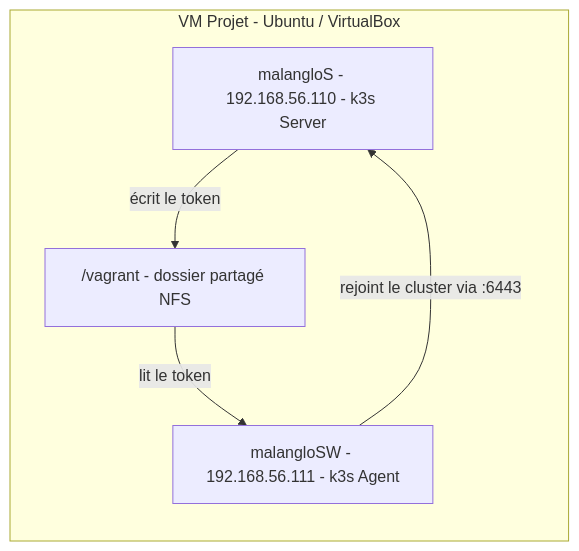
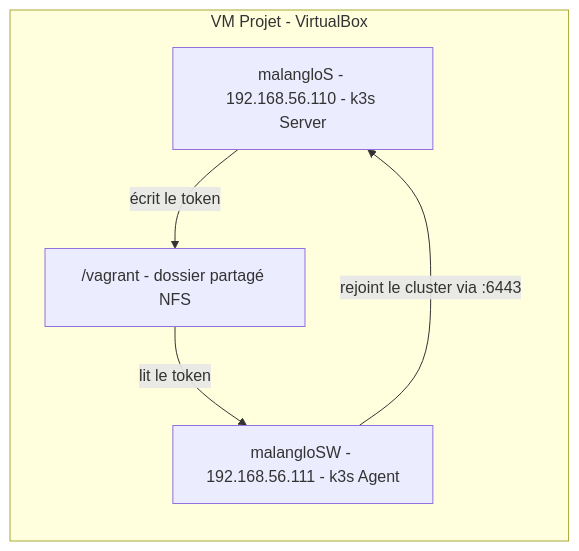
The first of 3 diagrams in p1/README.md (mlanglois26/42_inception_of_things), drawn with Mermaid before and after one commit. The commit also changed other lines of this file, not shown here.

First line of the commit message:
docs(p1): merge network sections with mermaid diagrams

````diff
--- a/p1/README.md
+++ b/p1/README.md
@@ -25,12 +25,12 @@
 ```mermaid
 graph LR
-    subgraph vmProjet [VM Projet - Ubuntu / VirtualBox]
+    subgraph vmProjet [VM Projet - VirtualBox]
         direction TB
         server["malangloS - 192.168.56.110 - k3s Server"]
         agent["malangloSW - 192.168.56.111 - k3s Agent"]
         nfs["/vagrant - dossier partagé NFS"]
     end
     server -- "écrit le token" --> nfs
     nfs -- "lit le token" --> agent
     agent -- "rejoint le cluster via :6443" --> server
 ```
````
